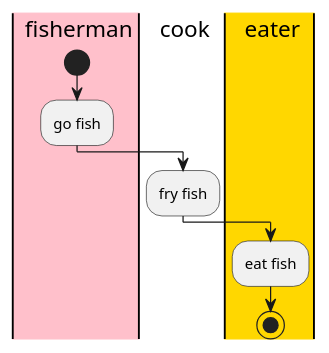
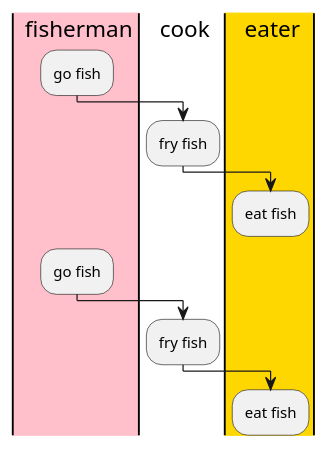
One commit to jinty95/DailyPractice changed the diagram in src/main/resources/puml/swimlane_diagram.puml. Above: the diagram before and after it, drawn with PlantUML. The commit also changed 1 other file, not shown here.

Commit message:
UML：活动图中绘制独立的活动块

```diff
--- a/src/main/resources/puml/swimlane_diagram.puml
+++ b/src/main/resources/puml/swimlane_diagram.puml
@@ -1,20 +1,26 @@
 @startuml
 
 '泳道图：属于活动图的一种，侧重活动属于哪个对象，同一对象的活动写在一条泳道里面
 
 '定义泳道：|#颜色|名称| 显示名
 |#pink|f| fisherman
 |c| cook
 |#gold|e| eater
 
 '泳道中的活动
 |f|
-start
 :go fish;
 |c|
 :fry fish;
 |e|
 :eat fish;
-stop
+
+-[hidden]->
+|f|
+:go fish;
+|c|
+:fry fish;
+|e|
+:eat fish;
 
 @enduml
```
